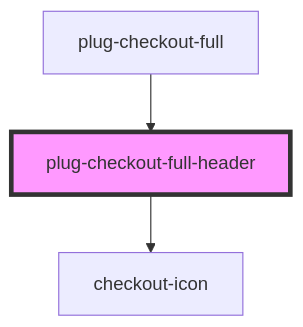
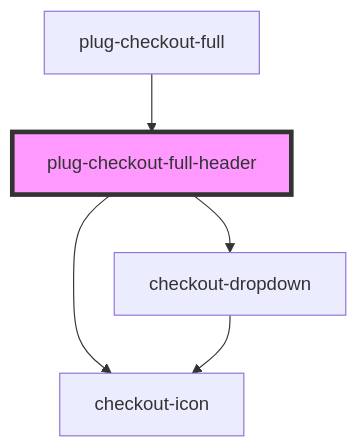
One commit to plughacker/malga-checkout changed the diagram in packages/checkout-full/core/src/components/plug-checkout-full/partials/plug-checkout-full-header/readme.md. Above: the diagram before and after it, drawn with Mermaid. The commit also changed other lines of this file and 4 other files, not shown here.

Commit message:
fix(checkout-full): update normalizations of customer informations

````diff
--- a/packages/checkout-full/core/src/components/plug-checkout-full/partials/plug-checkout-full-header/readme.md
+++ b/packages/checkout-full/core/src/components/plug-checkout-full/partials/plug-checkout-full-header/readme.md
@@ -29,6 +38,8 @@
 ```mermaid
 graph TD;
   plug-checkout-full-header --> checkout-icon
+  plug-checkout-full-header --> checkout-dropdown
+  checkout-dropdown --> checkout-icon
   plug-checkout-full --> plug-checkout-full-header
   style plug-checkout-full-header fill:#f9f,stroke:#333,stroke-width:4px
 ```
````
